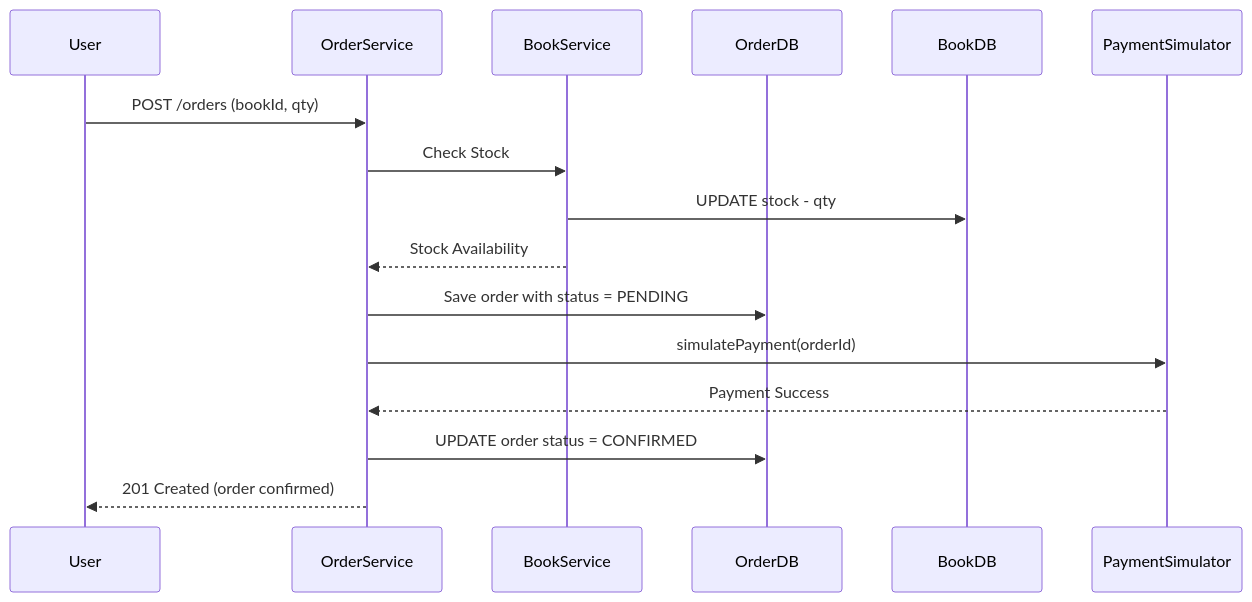
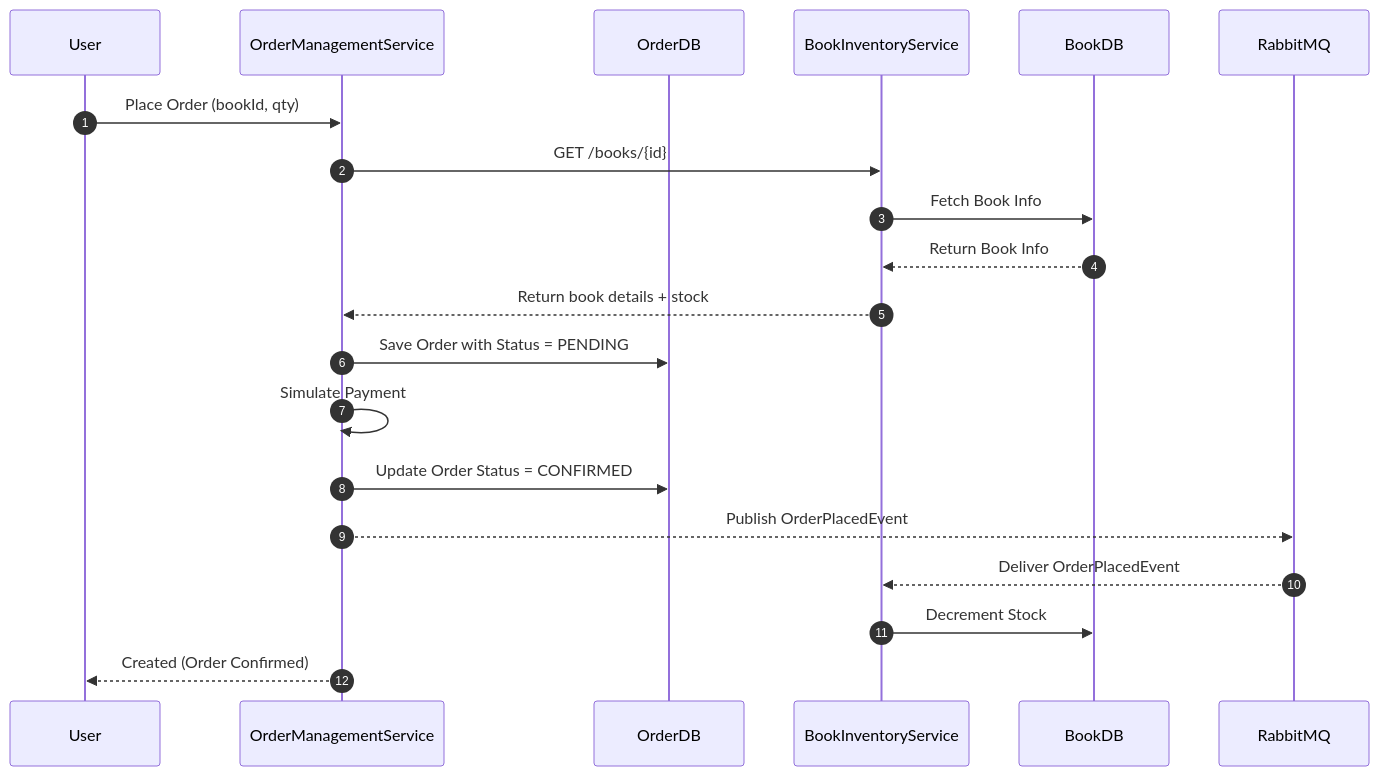
One commit to itlakshmanan/smart-documents changed the third of 4 diagrams in Readme.md. Above: the diagram before and after it, drawn with Mermaid. The commit also changed other lines of this file, not shown here.

Commit message:
Event-Driven Architecture on design doc

````diff
--- a/Readme.md
+++ b/Readme.md
@@ -117,21 +152,27 @@
 ```mermaid
 sequenceDiagram
+    autonumber
     participant User
-    participant OrderService
-    participant BookService
+    participant OrderManagementService
     participant OrderDB
+    participant BookInventoryService
     participant BookDB
-    participant PaymentSimulator
+    participant RabbitMQ
 
-    User->>OrderService: POST /orders (bookId, qty)
-    OrderService->>BookService: Check Stock
-    BookService->>BookDB: UPDATE stock - qty
-    BookService-->>OrderService: Stock Availability
+    User->>OrderManagementService: Place Order (bookId, qty)
+    OrderManagementService->>BookInventoryService: GET /books/{id}
+    BookInventoryService->>BookDB: Fetch Book Info
+    BookDB-->>BookInventoryService: Return Book Info
+    BookInventoryService-->>OrderManagementService: Return book details + stock
 
-    OrderService->>OrderDB: Save order with status = PENDING
-    OrderService->>PaymentSimulator: simulatePayment(orderId)
-    PaymentSimulator-->>OrderService: Payment Success
+    OrderManagementService->>OrderDB: Save Order with Status = PENDING
+    OrderManagementService->>OrderManagementService: Simulate Payment
+    OrderManagementService->>OrderDB: Update Order Status = CONFIRMED
 
-    OrderService->>OrderDB: UPDATE order status = CONFIRMED
-    OrderService-->>User: 201 Created (order confirmed)
+    OrderManagementService-->>RabbitMQ: Publish OrderPlacedEvent
+    RabbitMQ-->>BookInventoryService: Deliver OrderPlacedEvent
+    BookInventoryService->>BookDB: Decrement Stock
+
+    OrderManagementService-->>User: Created (Order Confirmed)
+
 ```
````
